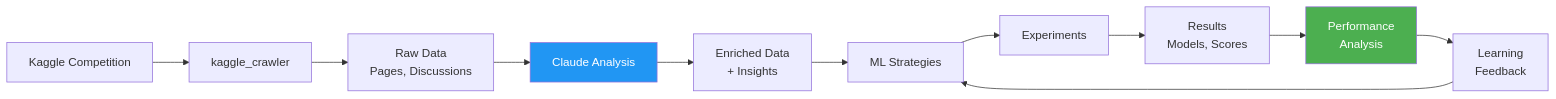
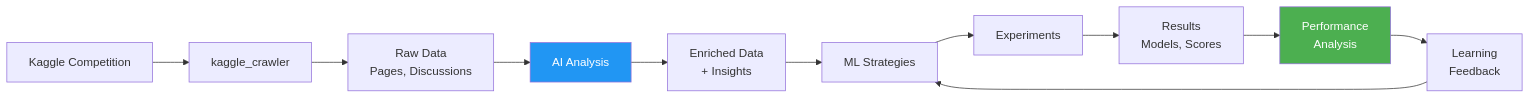
One commit to harutasti/kaggle_automation changed the fifth of 5 diagrams in docs/architecture/QUICK_FLOW_OVERVIEW.md. Above: the diagram before and after it, drawn with Mermaid. The commit also changed other lines of this file and 27 other files, not shown here.

````diff
--- a/docs/architecture/QUICK_FLOW_OVERVIEW.md
+++ b/docs/architecture/QUICK_FLOW_OVERVIEW.md
@@ -130,20 +126,20 @@
 ```mermaid
 flowchart LR
     Competition[Kaggle Competition] --> Crawler[kaggle_crawler]
     Crawler --> RawData[Raw Data<br/>Pages, Discussions]
     
-    RawData --> Claude[Claude Analysis]
-    Claude --> EnrichedData[Enriched Data<br/>+ Insights]
+    RawData --> AIAnalysis[AI Analysis]
+    AIAnalysis --> EnrichedData[Enriched Data<br/>+ Insights]
     
     EnrichedData --> Strategies[ML Strategies]
     Strategies --> Experiments[Experiments]
     
     Experiments --> Results[Results<br/>Models, Scores]
     Results --> Analysis[Performance<br/>Analysis]
     
     Analysis --> Learning[Learning<br/>Feedback]
     Learning --> Strategies
     
-    style Claude fill:#2196F3,color:#fff
+    style AIAnalysis fill:#2196F3,color:#fff
     style Analysis fill:#4CAF50,color:#fff
 ```
````
